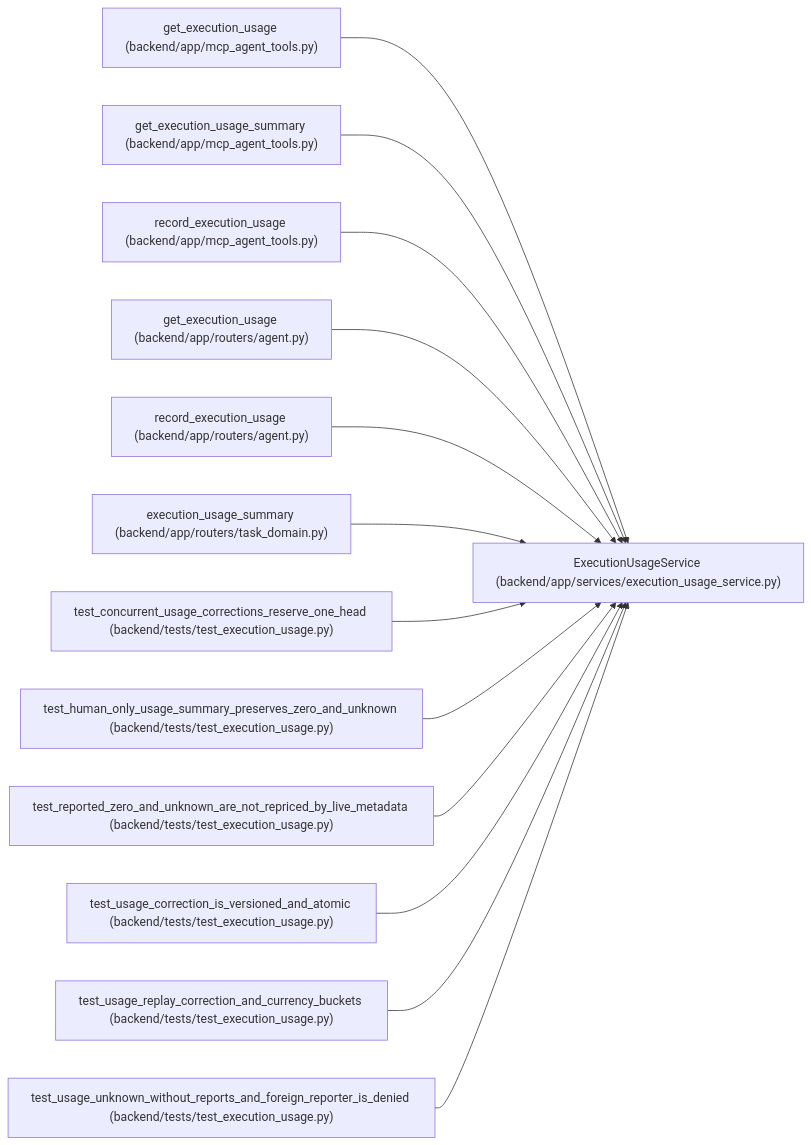
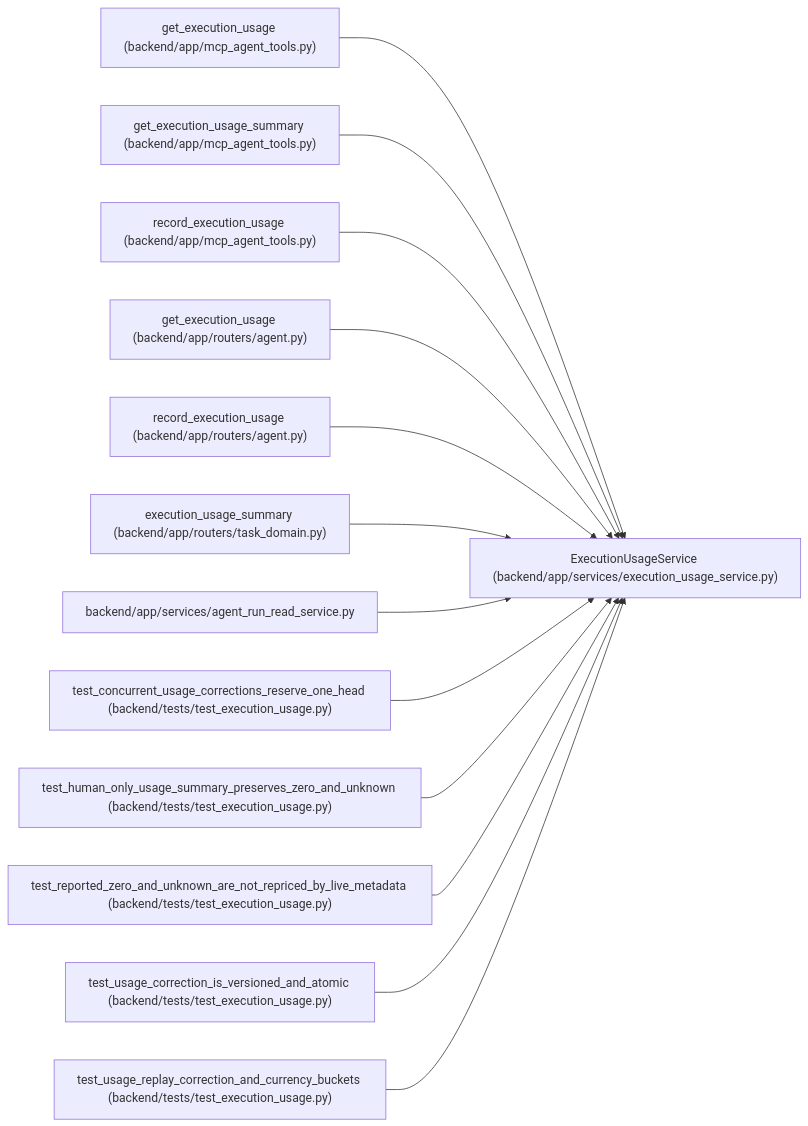
Before and after one commit to Denissvgn/WorkChord: the diagram in docs/llm_wiki/entities/ExecutionUsageService.md, drawn with Mermaid. The commit also changed other lines of this file and 879 other files, not shown here.

````diff
--- a/docs/llm_wiki/entities/ExecutionUsageService.md
+++ b/docs/llm_wiki/entities/ExecutionUsageService.md
@@ -32,41 +32,41 @@
 ```mermaid
 flowchart LR
     n0["ExecutionUsageService (backend/app/services/execution_usage_service.py)"]
     n1["get_execution_usage (backend/app/mcp_agent_tools.py)"]
     n2["get_execution_usage_summary (backend/app/mcp_agent_tools.py)"]
     n3["record_execution_usage (backend/app/mcp_agent_tools.py)"]
     n4["get_execution_usage (backend/app/routers/agent.py)"]
     n5["record_execution_usage (backend/app/routers/agent.py)"]
     n6["execution_usage_summary (backend/app/routers/task_domain.py)"]
-    n7["test_concurrent_usage_corrections_reserve_one_head (backend/tests/test_execution_usage.py)"]
-    n8["test_human_only_usage_summary_preserves_zero_and_unknown (backend/tests/test_execution_usage.py)"]
-    n9["test_reported_zero_and_unknown_are_not_repriced_by_live_metadata (backend/tests/test_execution_usage.py)"]
-    n10["test_usage_correction_is_versioned_and_atomic (backend/tests/test_execution_usage.py)"]
-    n11["test_usage_replay_correction_and_currency_buckets (backend/tests/test_execution_usage.py)"]
-    n12["test_usage_unknown_without_reports_and_foreign_reporter_is_denied (backend/tests/test_execution_usage.py)"]
+    n7["backend/app/services/agent_run_read_service.py"]
+    n8["test_concurrent_usage_corrections_reserve_one_head (backend/tests/test_execution_usage.py)"]
+    n9["test_human_only_usage_summary_preserves_zero_and_unknown (backend/tests/test_execution_usage.py)"]
+    n10["test_reported_zero_and_unknown_are_not_repriced_by_live_metadata (backend/tests/test_execution_usage.py)"]
+    n11["test_usage_correction_is_versioned_and_atomic (backend/tests/test_execution_usage.py)"]
+    n12["test_usage_replay_correction_and_currency_buckets (backend/tests/test_execution_usage.py)"]
     n1 --> n0
     n2 --> n0
     n3 --> n0
     n4 --> n0
     n5 --> n0
     n6 --> n0
     n7 --> n0
     n8 --> n0
     n9 --> n0
     n10 --> n0
     n11 --> n0
     n12 --> n0
     click n0 "../modules/execution_usage_service.md"
     click n1 "../modules/mcp_agent_tools.md"
     click n2 "../modules/mcp_agent_tools.md"
     click n3 "../modules/mcp_agent_tools.md"
     click n4 "../modules/routers_agent.md"
     click n5 "../modules/routers_agent.md"
     click n6 "../modules/routers_task_domain.md"
-    click n7 "../modules/test_execution_usage.md"
+    click n7 "../modules/agent_run_read_service.md"
     click n8 "../modules/test_execution_usage.md"
     click n9 "../modules/test_execution_usage.md"
     click n10 "../modules/test_execution_usage.md"
     click n11 "../modules/test_execution_usage.md"
     click n12 "../modules/test_execution_usage.md"
 ```
````
